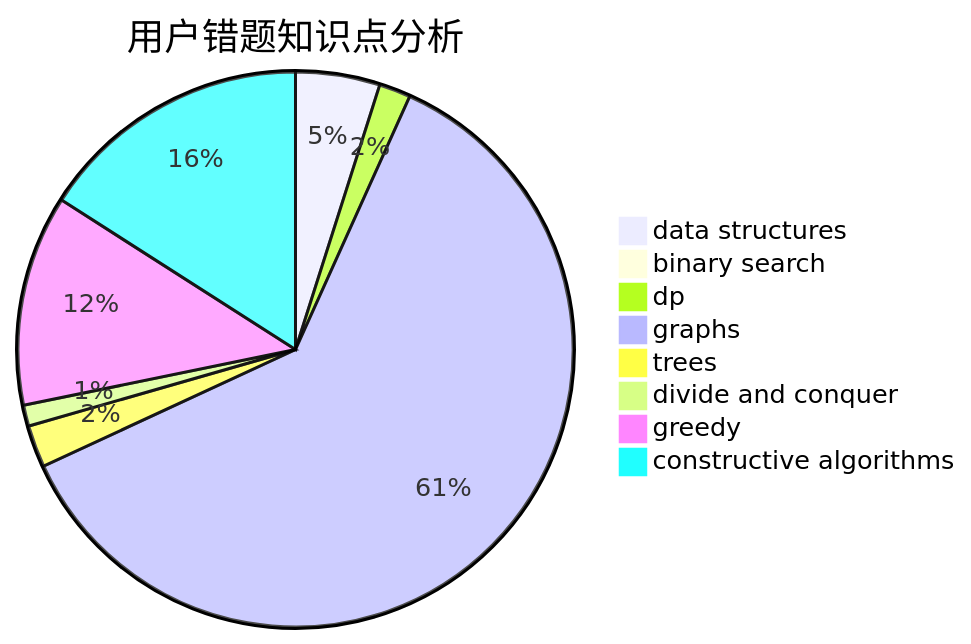
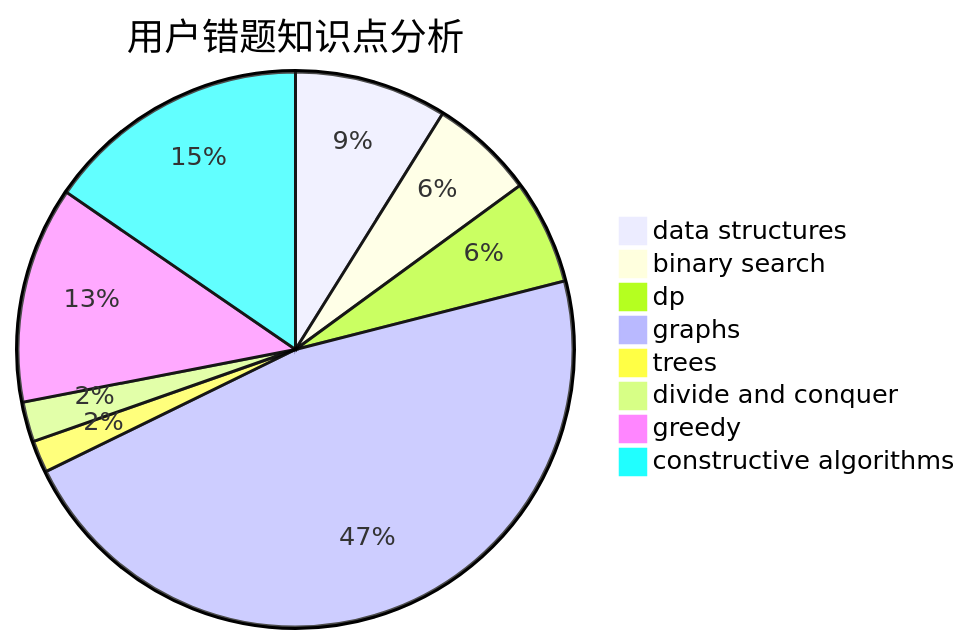
The third of 3 diagrams in docs/user/u2316.md (sherpahu/cfrs.github.io), drawn with Mermaid before and after one commit. The commit also changed other lines of this file and 2770 other files, not shown here.

````diff
--- a/docs/user/u2316.md
+++ b/docs/user/u2316.md
@@ -36,11 +36,11 @@
 ```mermaid
 pie title 用户错题知识点分析
-    "data structures" :  8
-    "binary search" :  1
-    "dp" :  3
+    "data structures" :  19
+    "binary search" :  13
+    "dp" :  13
     "graphs" :  100
     "trees" :  4
-    "divide and conquer" :  2
-    "greedy" :  20
-    "constructive algorithms" :  26
+    "divide and conquer" :  5
+    "greedy" :  27
+    "constructive algorithms" :  33
 ```
````
